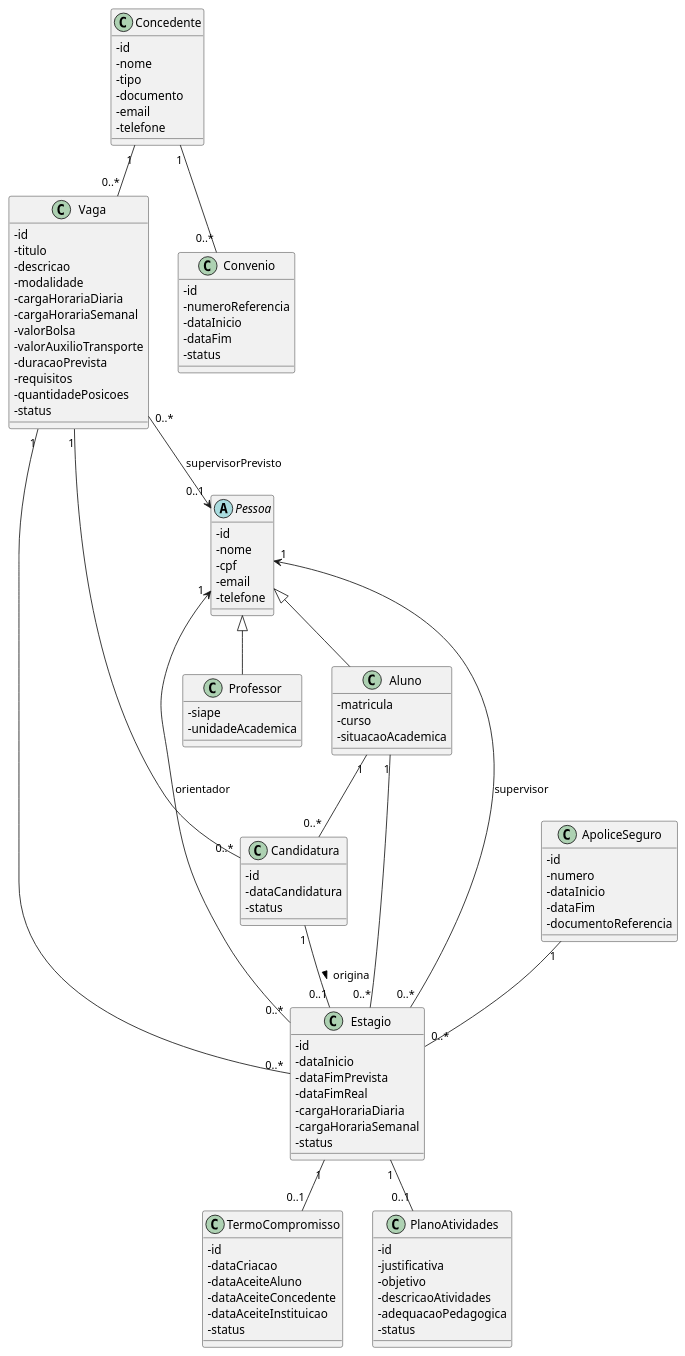
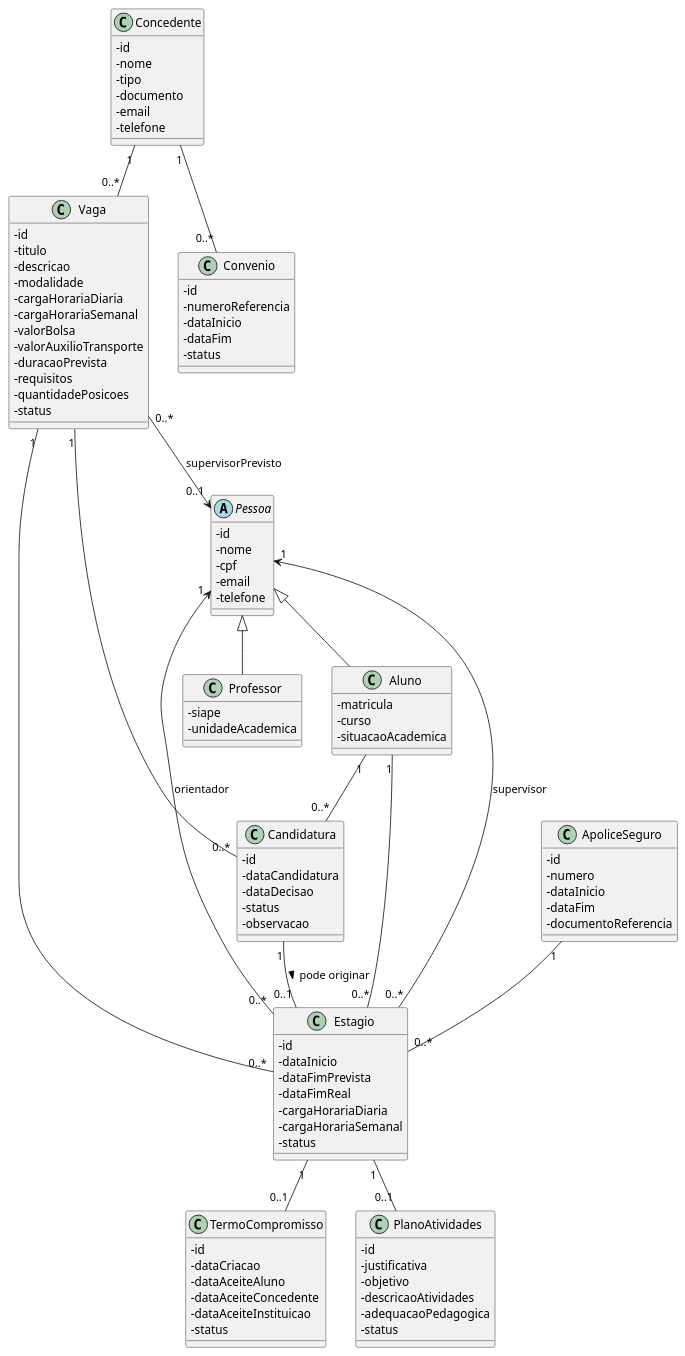
One commit to BorgesGusta/Obsidian_PROG_II_Estagio-FACSI---Modelagem-e-Sistema changed the diagram in 06 - UML/dominio-v0.1.puml. Above: the diagram before and after it, drawn with PlantUML.

Commit message:
uml: detalha candidatura

```diff
--- a/06 - UML/dominio-v0.1.puml
+++ b/06 - UML/dominio-v0.1.puml
@@ -1,118 +1,120 @@
 @startuml
 skinparam classAttributeIconSize 0
 
 abstract class Pessoa {
   - id
   - nome
   - cpf
   - email
   - telefone
 }
 
 class Aluno {
   - matricula
   - curso
   - situacaoAcademica
 }
 
 class Professor {
   - siape
   - unidadeAcademica
 }
 
 class Concedente {
   - id
   - nome
   - tipo
   - documento
   - email
   - telefone
 }
 
 class Convenio {
   - id
   - numeroReferencia
   - dataInicio
   - dataFim
   - status
 }
 
 class Vaga {
   - id
   - titulo
   - descricao
   - modalidade
   - cargaHorariaDiaria
   - cargaHorariaSemanal
   - valorBolsa
   - valorAuxilioTransporte
   - duracaoPrevista
   - requisitos
   - quantidadePosicoes
   - status
 }
 
 class Candidatura {
   - id
   - dataCandidatura
+  - dataDecisao
   - status
+  - observacao
 }
 
 class Estagio {
   - id
   - dataInicio
   - dataFimPrevista
   - dataFimReal
   - cargaHorariaDiaria
   - cargaHorariaSemanal
   - status
 }
 
 class TermoCompromisso {
   - id
   - dataCriacao
   - dataAceiteAluno
   - dataAceiteConcedente
   - dataAceiteInstituicao
   - status
 }
 
 class PlanoAtividades {
   - id
   - justificativa
   - objetivo
   - descricaoAtividades
   - adequacaoPedagogica
   - status
 }
 
 class ApoliceSeguro {
   - id
   - numero
   - dataInicio
   - dataFim
   - documentoReferencia
 }
 
 Pessoa <|-- Aluno
 Pessoa <|-- Professor
 
 Concedente "1" -- "0..*" Convenio
 Concedente "1" -- "0..*" Vaga
 Vaga "0..*" --> "0..1" Pessoa : supervisorPrevisto
 
 Aluno "1" -- "0..*" Candidatura
 Vaga "1" -- "0..*" Candidatura
 
-Candidatura "1" -- "0..1" Estagio : origina >
+Candidatura "1" -- "0..1" Estagio : pode originar >
 Aluno "1" -- "0..*" Estagio
 Vaga "1" -- "0..*" Estagio
 
 Estagio "0..*" --> "1" Pessoa : supervisor
 Estagio "0..*" --> "1" Pessoa : orientador
 
 Estagio "1" -- "0..1" TermoCompromisso
 Estagio "1" -- "0..1" PlanoAtividades
 ApoliceSeguro "1" -- "0..*" Estagio
 
 @enduml
```
